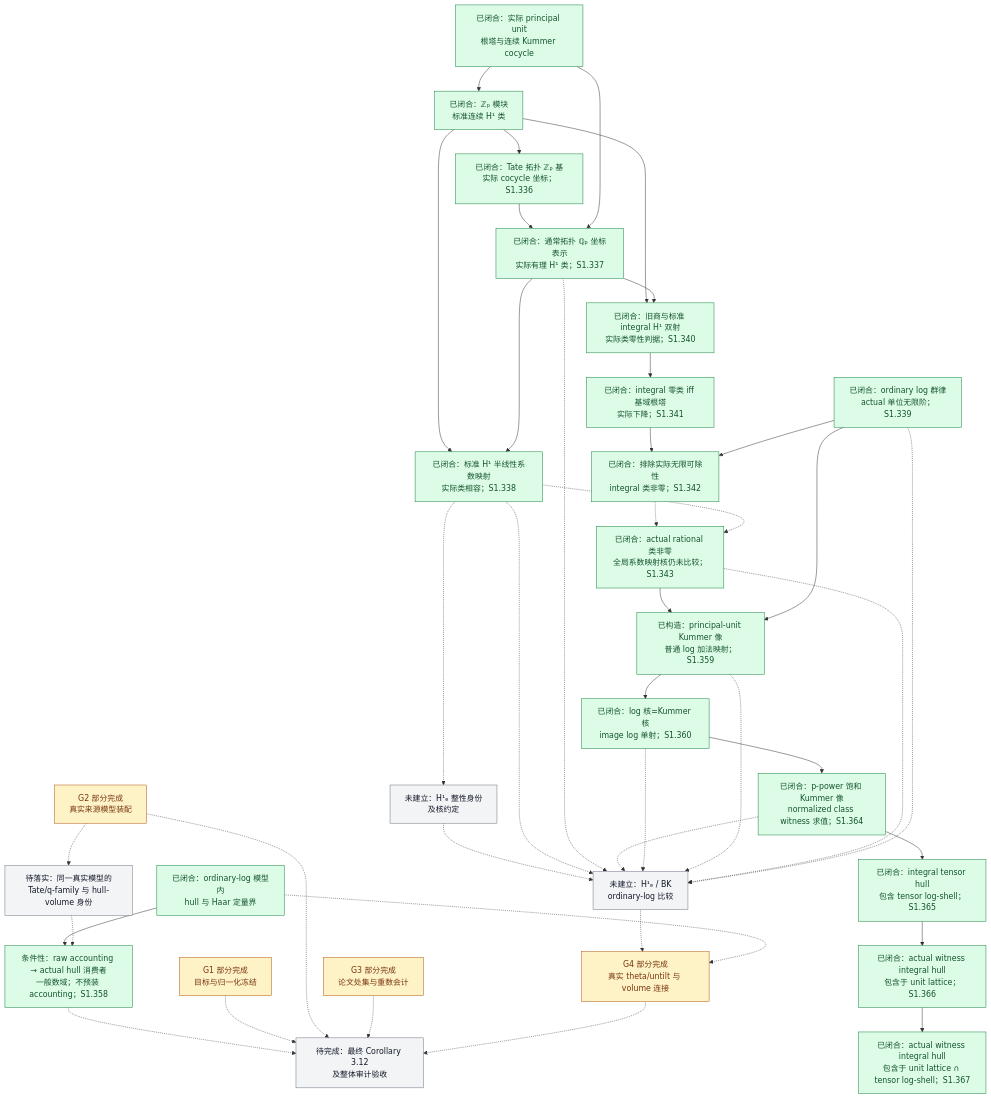
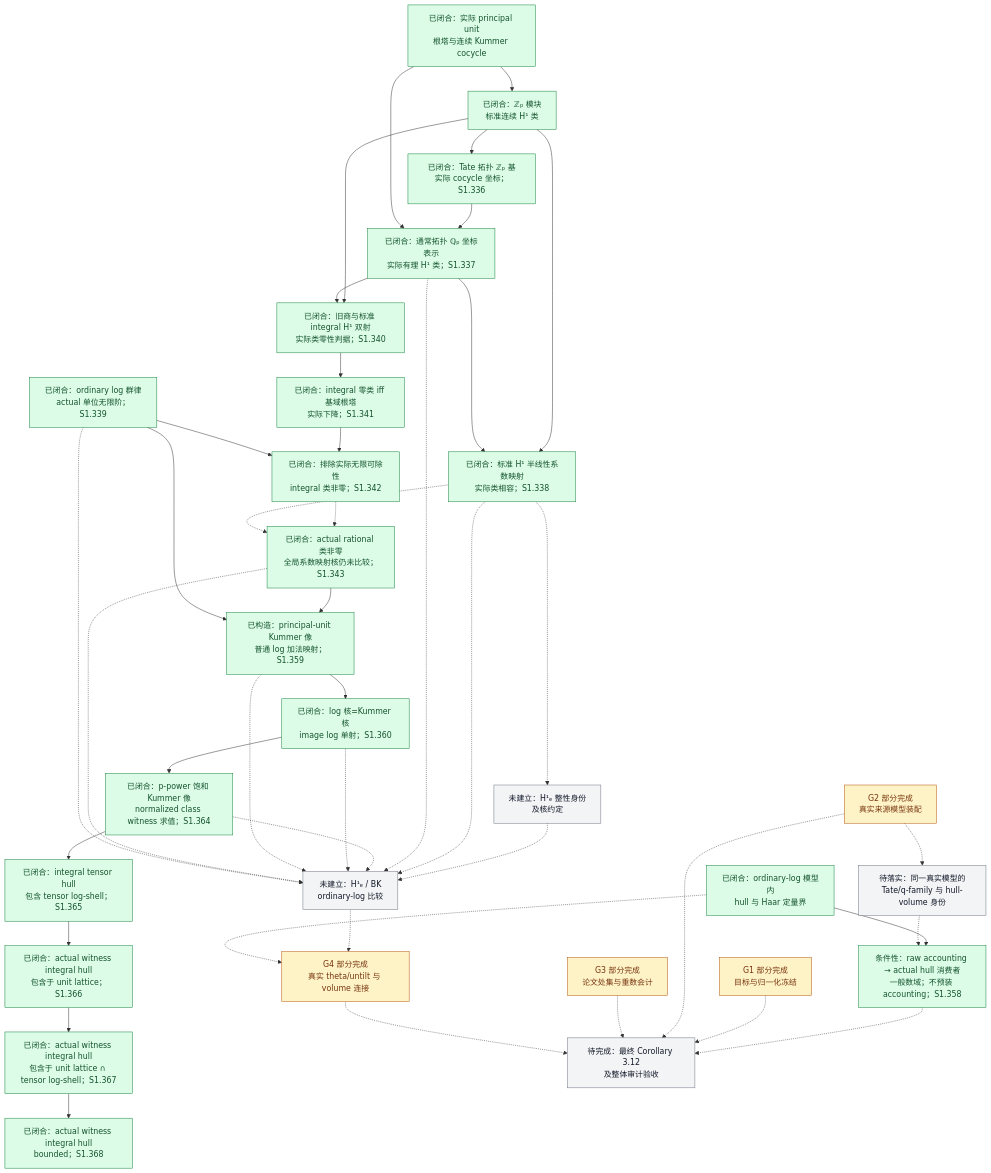
One commit to Ember-Institute/KirtiJoshi-abc changed the diagram in docs/Scene1进度总览.md. Above: the diagram before and after it, drawn with Mermaid. The commit also changed other lines of this file and 4 other files, not shown here.

Commit message:
Record S1.368 bounded witness hull

````diff
--- a/docs/Scene1进度总览.md
+++ b/docs/Scene1进度总览.md
@@ -75,80 +75,82 @@
 ```mermaid
 flowchart TD
     K["已闭合：实际 principal unit<br/>根塔与连续 Kummer cocycle"]
     Z["已闭合：ℤₚ 模块<br/>标准连续 H¹ 类"]
     T["已闭合：Tate 拓扑 ℤₚ 基<br/>实际 cocycle 坐标；S1.336"]
     Q["已闭合：通常拓扑 ℚₚ 坐标表示<br/>实际有理 H¹ 类；S1.337"]
     I["已闭合：标准 H¹ 半线性系数映射<br/>实际类相容；S1.338"]
     J["未建立：H¹ₑ 整性身份<br/>及核约定"]
     C0["已闭合：旧商与标准 integral H¹ 双射<br/>实际类零性判据；S1.340"]
     R0["已闭合：integral 零类 iff 基域根塔<br/>实际下降；S1.341"]
     N0["已闭合：排除实际无限可除性<br/>integral 类非零；S1.342"]
     NQ["已闭合：actual rational 类非零<br/>全局系数映射核仍未比较；S1.343"]
     KL["已构造：principal-unit Kummer 像<br/>普通 log 加法映射；S1.359"]
     KK["已闭合：log 核=Kummer 核<br/>image log 单射；S1.360"]
     KS["已闭合：p-power 饱和 Kummer 像<br/>normalized class witness 求值；S1.364"]
     TS["已闭合：integral tensor hull<br/>包含 tensor log-shell；S1.365"]
     TU["已闭合：actual witness integral hull<br/>包含于 unit lattice；S1.366"]
     TI["已闭合：actual witness integral hull<br/>包含于 unit lattice ∩ tensor log-shell；S1.367"]
+    TB["已闭合：actual witness integral hull<br/>bounded；S1.368"]
     B["未建立：H¹ₑ / BK<br/>ordinary-log 比较"]
     H["已闭合：ordinary-log 模型内<br/>hull 与 Haar 定量界"]
     L["已闭合：ordinary log 群律<br/>actual 单位无限阶；S1.339"]
     V["G4 部分完成<br/>真实 theta/untilt 与 volume 连接"]
     G1["G1 部分完成<br/>目标与归一化冻结"]
     G2["G2 部分完成<br/>真实来源模型装配"]
     G3["G3 部分完成<br/>论文处集与重数会计"]
     RH["条件性：raw accounting → actual hull 消费者<br/>一般数域；不预装 accounting；S1.358"]
     VH["待落实：同一真实模型的<br/>Tate/q-family 与 hull-volume 身份"]
     C["待完成：最终 Corollary 3.12<br/>及整体审计验收"]
 
     K --> Z
     Z --> T
     T --> Q
     K --> Q
     Z --> I
     Q --> I
     I -.-> J
     J -.-> B
     I -.-> B
     Q -.-> B
     Z --> C0
     Q --> C0
     C0 --> R0
     R0 --> N0
     L --> N0
     N0 -.-> NQ
     I -.-> NQ
     NQ --> KL
     L --> KL
     KL --> KK
     KK --> KS
     KS -.-> B
     KS --> TS
     TS --> TU
     TU --> TI
+    TI --> TB
     KK -.-> B
     KL -.-> B
     NQ -.-> B
     L -.-> B
     B -.-> V
     H -.-> V
     H --> RH
     G2 -.-> VH
     VH -.-> RH
     RH -.-> C
     G1 -.-> C
     G2 -.-> C
     G3 -.-> C
     V -.-> C
 
     classDef done fill:#dcfce7,stroke:#15803d,color:#14532d;
     classDef partial fill:#fef3c7,stroke:#b45309,color:#78350f;
     classDef open fill:#f3f4f6,stroke:#6b7280,color:#111827;
     class K,Z,T,Q,H,I,L,C0,R0,N0 done;
     class G1,G2,G3,V partial;
     class J,B,C,VH open;
-    class RH,KS,TS,TU,TI done;
+    class RH,KS,TS,TU,TI,TB done;
     class KK done;
     class KL done;
     class NQ done;
 ```
````
